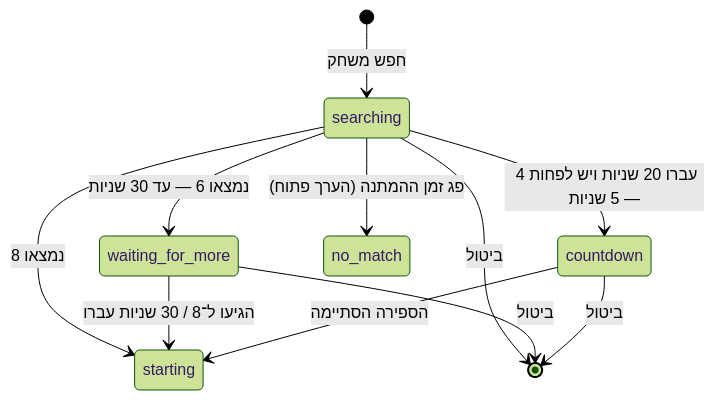
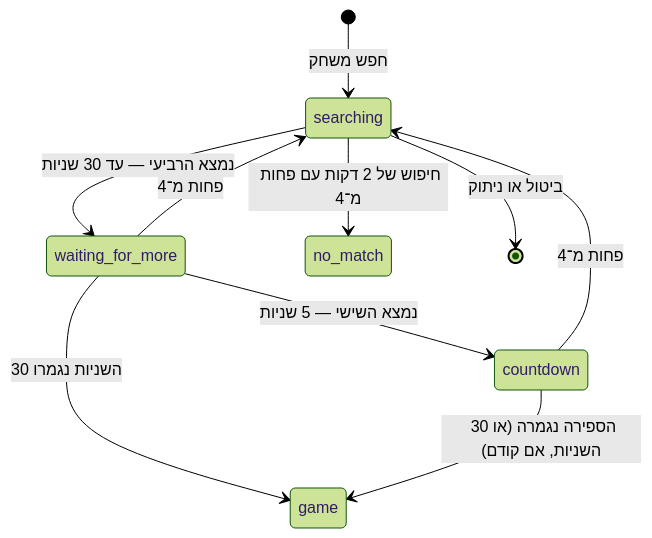
Before and after one commit to dorohayon/Imposter-IL: the fourth of 4 diagrams in docs/architecture.md, drawn with Mermaid (forest theme). The commit also changed other lines of this file and 40 other files, not shown here.

````diff
--- a/docs/architecture.md
+++ b/docs/architecture.md
@@ -140,13 +140,12 @@
 ```mermaid
 stateDiagram-v2
     [*] --> searching: חפש משחק
-    searching --> countdown: עברו 20 שניות ויש לפחות 4 — 5 שניות
-    searching --> waiting_for_more: נמצאו 6 — עד 30 שניות
-    searching --> starting: נמצאו 8
-    waiting_for_more --> starting: הגיעו ל־8 / 30 שניות עברו
-    countdown --> starting: הספירה הסתיימה
-    searching --> no_match: פג זמן ההמתנה (הערך פתוח)
-    searching --> [*]: ביטול
-    waiting_for_more --> [*]: ביטול
-    countdown --> [*]: ביטול
+    searching --> waiting_for_more: נמצא הרביעי — עד 30 שניות
+    waiting_for_more --> countdown: נמצא השישי — 5 שניות
+    waiting_for_more --> game: 30 השניות נגמרו
+    countdown --> game: הספירה נגמרה (או 30 השניות, אם קודם)
+    waiting_for_more --> searching: פחות מ־4
+    countdown --> searching: פחות מ־4
+    searching --> no_match: חיפוש של 2 דקות עם פחות מ־4
+    searching --> [*]: ביטול או ניתוק
 ```
````
